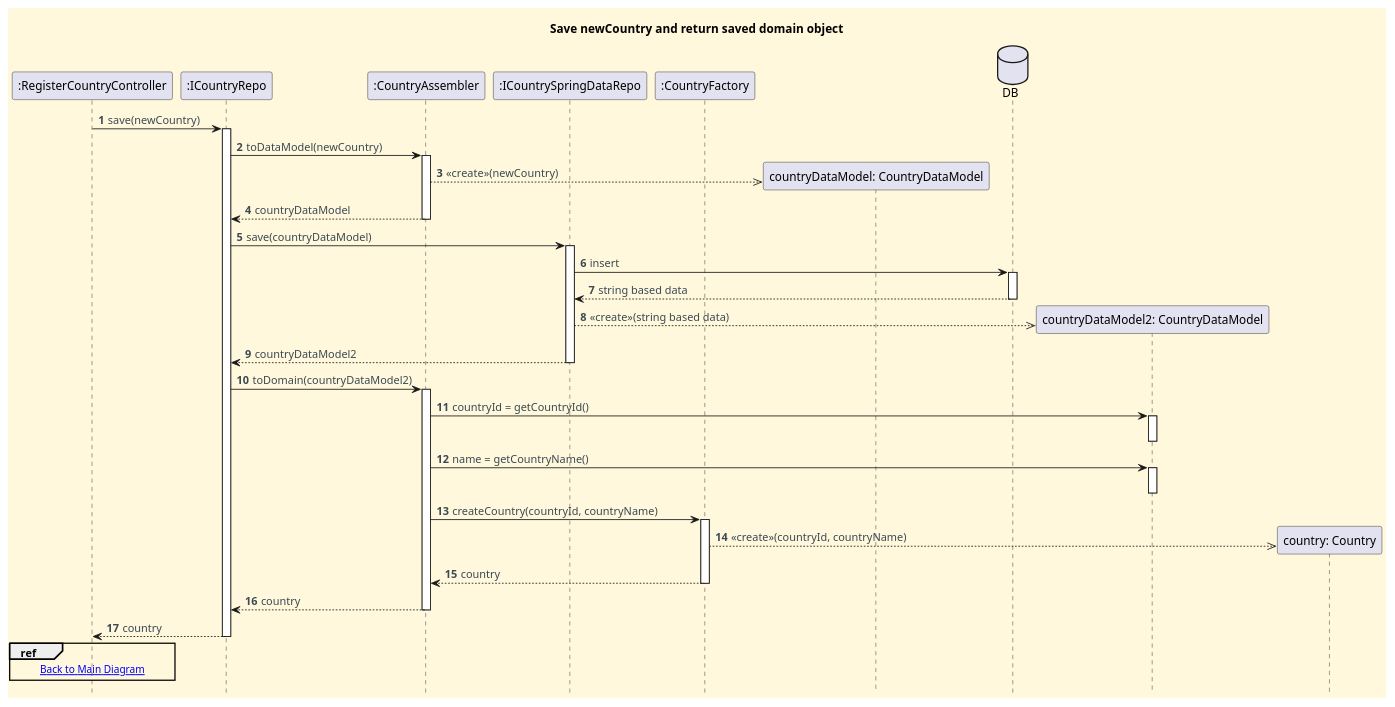
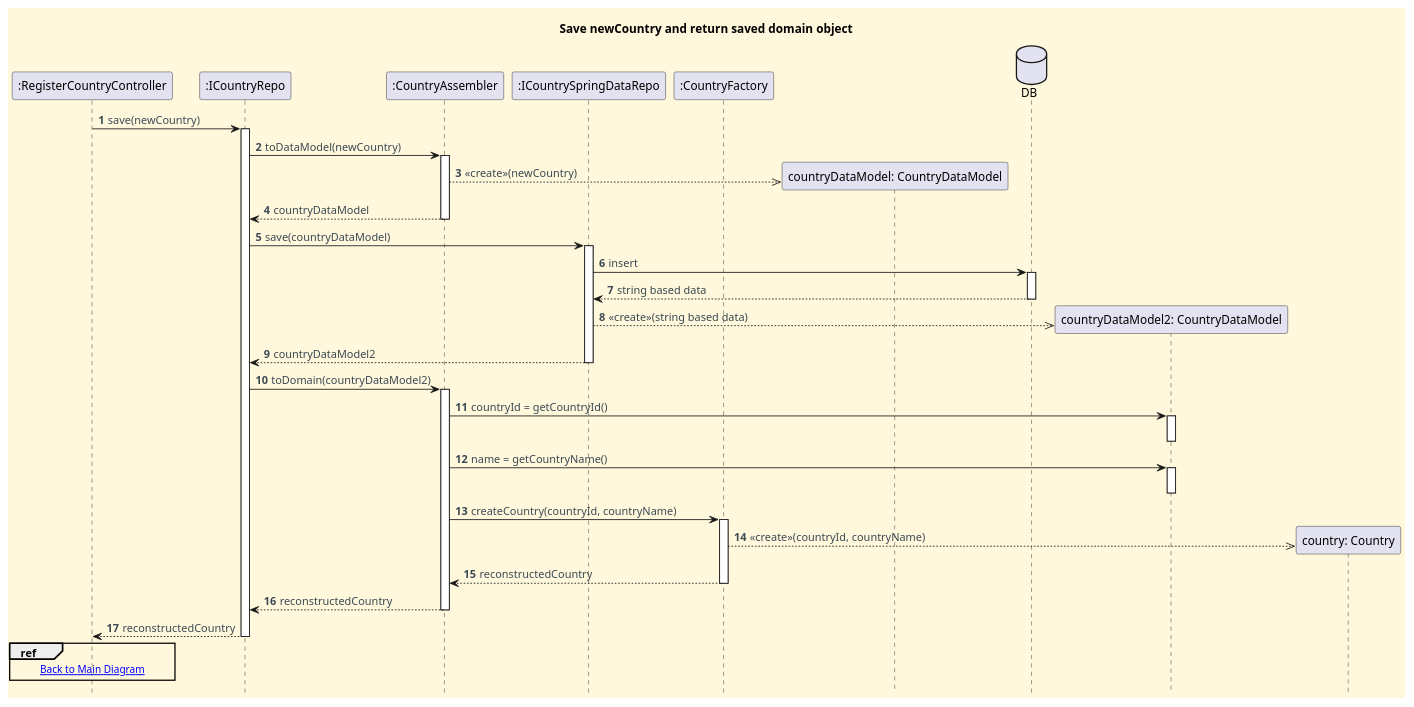
The diagram in docs/functionalities/admin/register-country/sd-ref-diagrams/Save_Country.puml (CarolinaLeite-collab/JavaMarketplacePlatform), drawn with PlantUML before and after one commit. The commit also changed 1 other file, not shown here.

Commit message:
refs #775 change in happy path from object to reconstructedObject to be more precise as to what's happening between persisted objects when returned to domain

```diff
--- a/docs/functionalities/admin/register-country/sd-ref-diagrams/Save_Country.puml
+++ b/docs/functionalities/admin/register-country/sd-ref-diagrams/Save_Country.puml
@@ -2,73 +2,73 @@
 @startuml
 title  Save newCountry and return saved domain object
 hide footbox
 
 skinparam monochrome false
 skinparam shadowing false
 skinparam defaultFontName Futura
 skinparam objectFontSize 20
 skinparam backgroundColor CornSilk
 skinparam objectBackgroundColor WhiteSmoke
 skinparam noteBackgroundColor #FFFFE0
 skinparam ArrowFontColor #3B4953
 skinparam ActivationBackgroundColor black
 
 autonumber
 autoactivate off
 
 participant ":RegisterCountryController" as Ctl
 participant ":ICountryRepo" as IR
 participant ":CountryAssembler" as UA
 participant ":ICountrySpringDataRepo" as jpa
 participant ":CountryFactory" as Factory
 
 "Ctl" -> IR : save(newCountry)
 activate IR
 
 IR -> UA : toDataModel(newCountry)
 activate UA
 create "countryDataModel: CountryDataModel"
 UA -->> "countryDataModel: CountryDataModel" : <<create>>(newCountry)
 UA --> IR : countryDataModel
 deactivate UA
 
 IR -> jpa : save(countryDataModel)
 activate jpa
 database "DB" as DB
 jpa -> DB : insert
 activate DB
 DB --> jpa : string based data
 deactivate DB
 create "countryDataModel2: CountryDataModel"
 jpa -->> "countryDataModel2: CountryDataModel" : <<create>>(string based data)
 jpa --> IR : countryDataModel2
 deactivate jpa
 
 IR -> UA : toDomain(countryDataModel2)
 activate UA
 
 UA -> "countryDataModel2: CountryDataModel" : countryId = getCountryId()
 activate "countryDataModel2: CountryDataModel"
 deactivate "countryDataModel2: CountryDataModel"
 
 UA -> "countryDataModel2: CountryDataModel" : name = getCountryName()
 activate "countryDataModel2: CountryDataModel"
 deactivate "countryDataModel2: CountryDataModel"
 
 UA -> "Factory" : createCountry(countryId, countryName)
 activate "Factory"
 create "country: Country"
 "Factory" -->> "country: Country" : <<create>>(countryId, countryName)
-"Factory" --> UA : country
+"Factory" --> UA : reconstructedCountry
 deactivate "Factory"
-UA --> IR : country
+UA --> IR : reconstructedCountry
 deactivate UA
 
-IR --> Ctl : country
+IR --> Ctl : reconstructedCountry
 deactivate IR
 
 ref over Ctl
 [[../Register_Country_SD.puml Back to Main Diagram]]
 end ref
 
 @enduml
```
